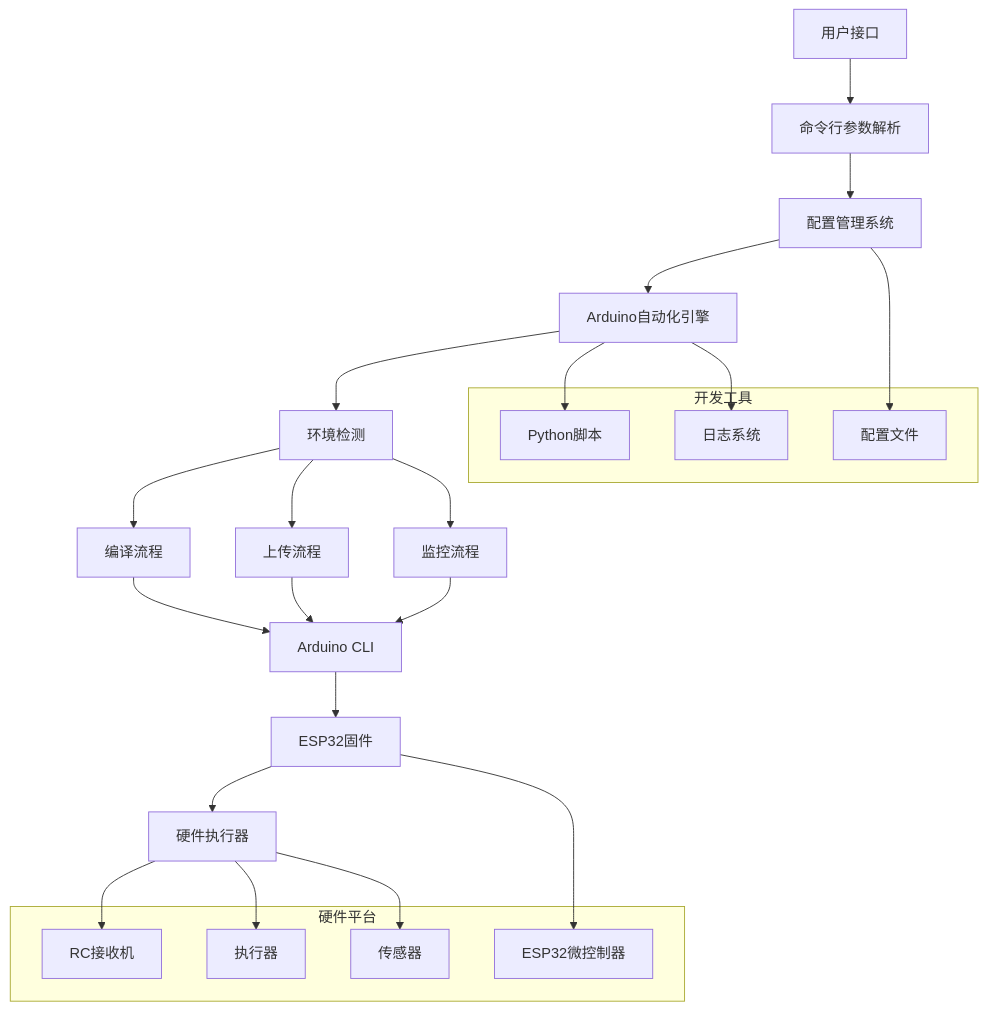
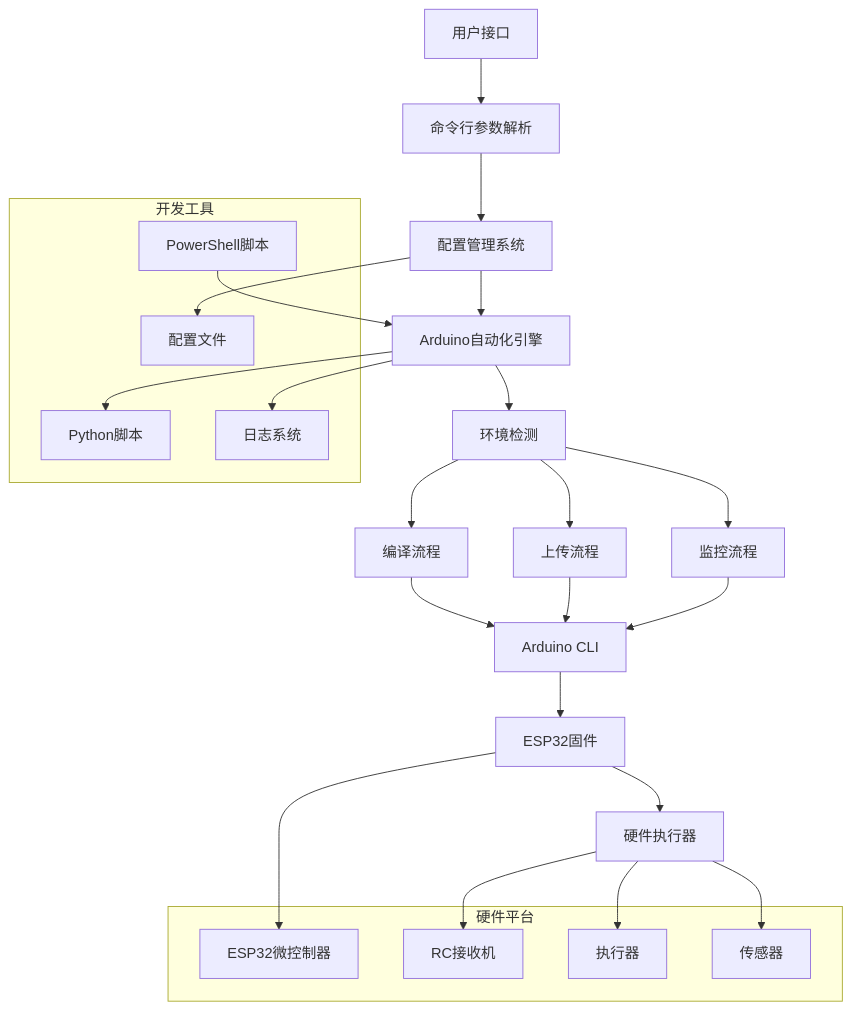
One commit to DonkeyDrift/Firmware changed the fourth of 16 diagrams in .qoder/repowiki/zh/content/开发工具与配置/Arduino CLI自动化.md. Above: the diagram before and after it, drawn with Mermaid. The commit also changed other lines of this file and 9 other files, not shown here.

````diff
--- a/.qoder/repowiki/zh/content/开发工具与配置/Arduino CLI自动化.md
+++ b/.qoder/repowiki/zh/content/开发工具与配置/Arduino CLI自动化.md
@@ -216,33 +244,35 @@
 ```mermaid
 graph TD
 A[用户接口] --> B[命令行参数解析]
 B --> C[配置管理系统]
 C --> D[Arduino自动化引擎]
 D --> E[环境检测]
 E --> F[编译流程]
 E --> G[上传流程]
 E --> H[监控流程]
 F --> I[Arduino CLI]
 G --> I
 H --> I
 I --> J[ESP32固件]
 J --> K[硬件执行器]
 subgraph Tools[开发工具]
 L[Python脚本]
 M[配置文件]
 N[日志系统]
+O[PowerShell脚本]
 end
 subgraph Hardware[硬件平台]
-O[ESP32微控制器]
-P[RC接收机]
-Q[执行器]
-R[传感器]
+P[ESP32微控制器]
+Q[RC接收机]
+R[执行器]
+S[传感器]
 end
 D --> L
 C --> M
 D --> N
-J --> O
-K --> P
+J --> P
 K --> Q
 K --> R
+K --> S
+O --> D
 ```
````
